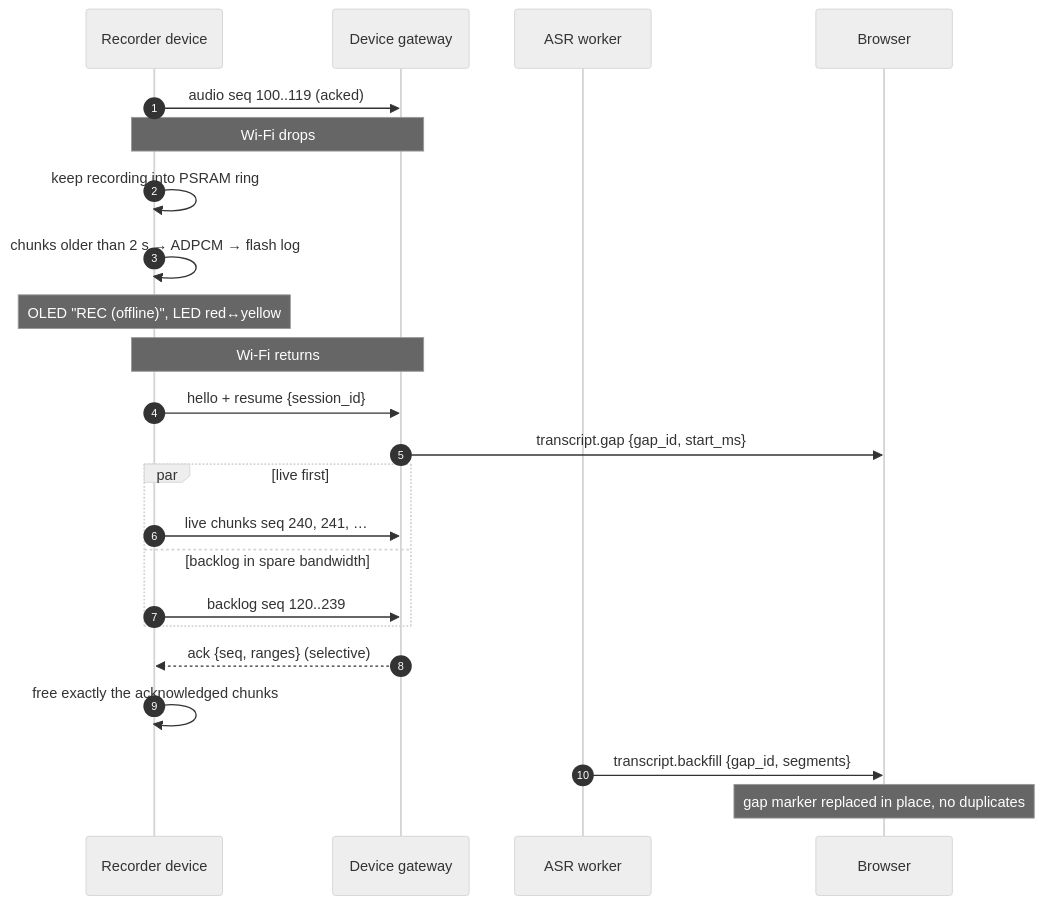
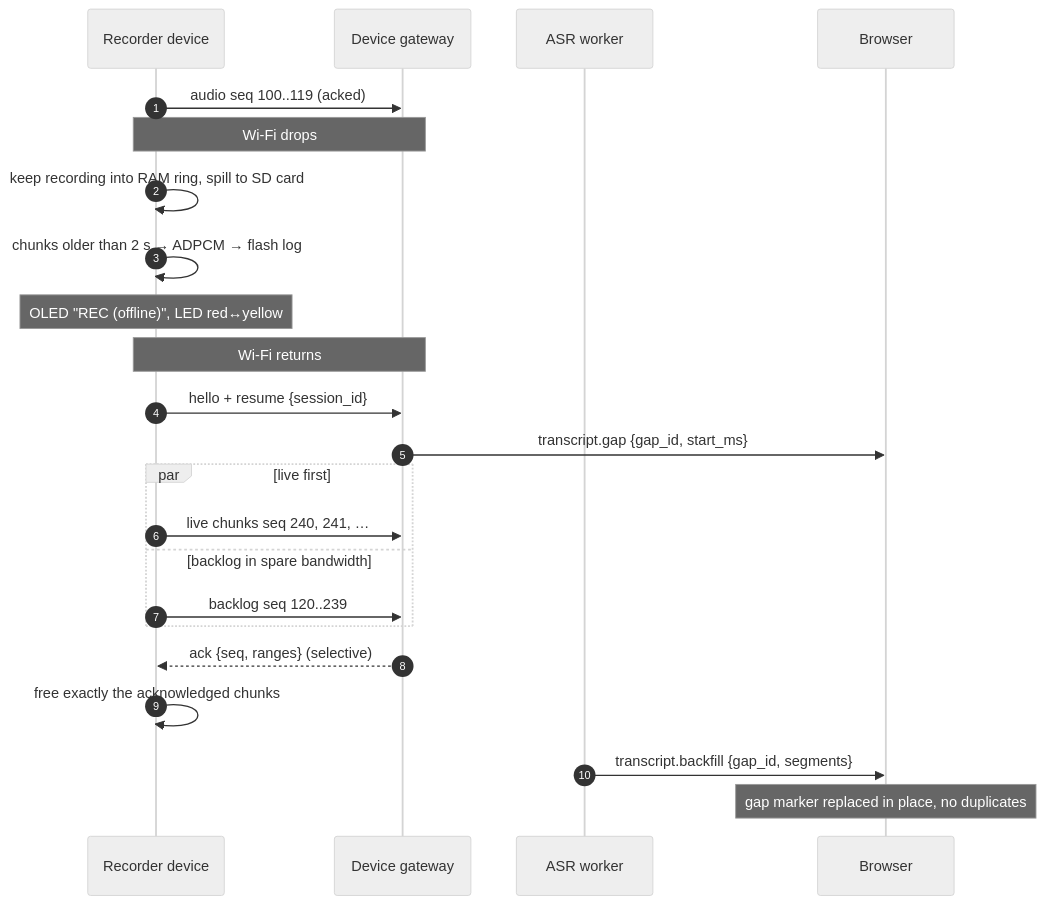
Before and after one commit to Ganesh30112006/Srinivas: the fourth of 8 diagrams in docs/project/UML.md, drawn with Mermaid (neutral theme). The commit also changed other lines of this file and 14 other files, not shown here.

````diff
--- a/docs/project/UML.md
+++ b/docs/project/UML.md
@@ -171,26 +171,26 @@
 ```mermaid
 sequenceDiagram
   autonumber
   participant Dev as Recorder device
   participant GW as Device gateway
   participant ASR as ASR worker
   participant B as Browser
 
   Dev->>GW: audio seq 100..119 (acked)
   Note over Dev,GW: Wi-Fi drops
-  Dev->>Dev: keep recording into PSRAM ring
+  Dev->>Dev: keep recording into RAM ring, spill to SD card
   Dev->>Dev: chunks older than 2 s → ADPCM → flash log
   Note over Dev: OLED "REC (offline)", LED red↔yellow
   Note over Dev,GW: Wi-Fi returns
   Dev->>GW: hello + resume {session_id}
   GW->>B: transcript.gap {gap_id, start_ms}
   par live first
     Dev->>GW: live chunks seq 240, 241, …
   and backlog in spare bandwidth
     Dev->>GW: backlog seq 120..239
   end
   GW-->>Dev: ack {seq, ranges} (selective)
   Dev->>Dev: free exactly the acknowledged chunks
   ASR->>B: transcript.backfill {gap_id, segments}
   Note over B: gap marker replaced in place, no duplicates
 ```
````
